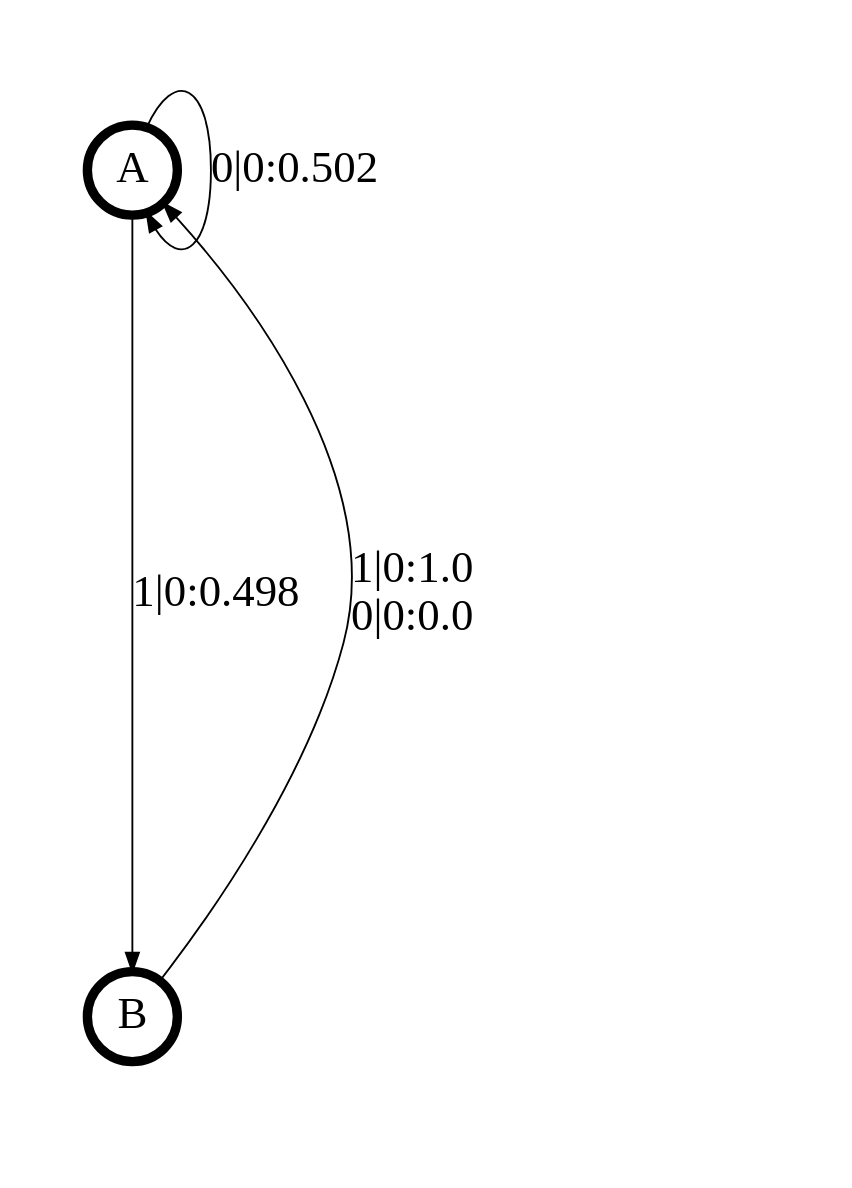
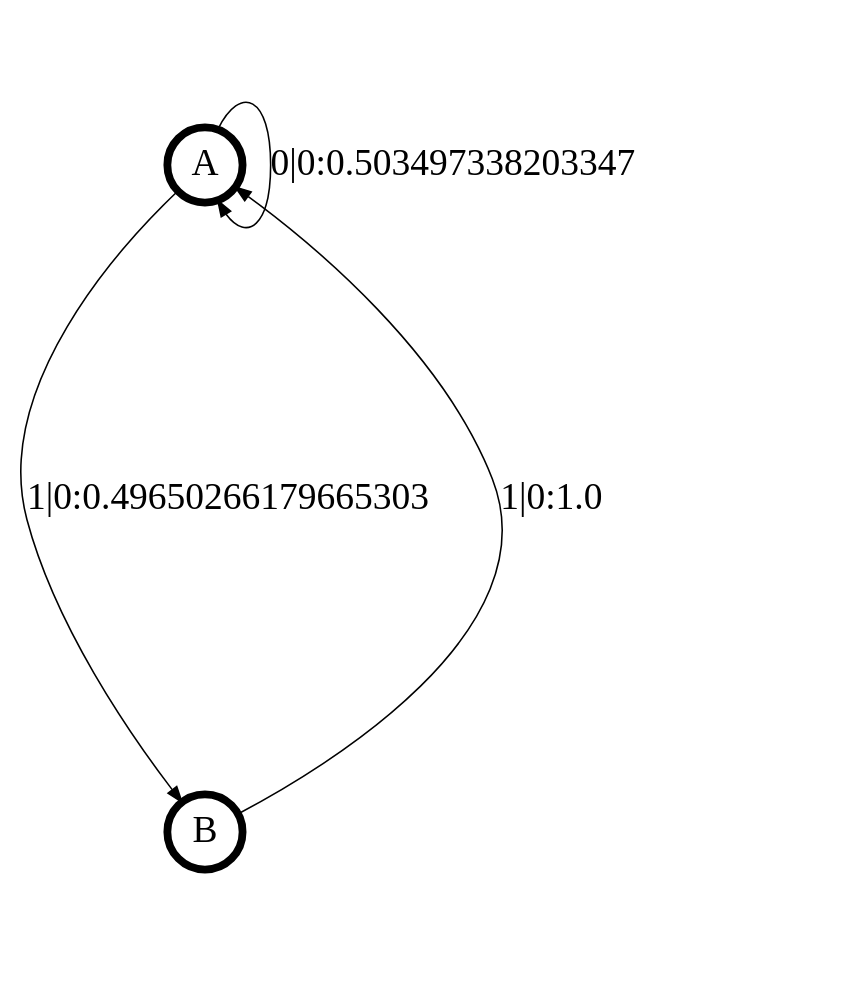
One commit to ddarmon/transCSSR changed the diagram in transCSSR_results/+even.dot. Above: the diagram before and after it, drawn with Graphviz. The commit also changed 18 other files, not shown here.

```diff
--- a/transCSSR_results/+even.dot
+++ b/transCSSR_results/+even.dot
@@ -1,15 +1,15 @@
 digraph  {
 size = "6,8.5";
 ratio = "fill";
 node
 [shape = circle];
 node [fontsize = 24];
 node [penwidth = 5];
 edge [fontsize = 24];
 node [fontname = "CMU Serif Roman"];
 graph [fontname = "CMU Serif Roman"];
 edge [fontname = "CMU Serif Roman"];
-A -> A [label = "0|0:0.502\l"];
-A -> B [label = "1|0:0.498\l"];
-B -> A [label = "1|0:1.0\l0|0:0.0\l"];
+A -> A [label = "0|0:0.503497338203347\l"];
+A -> B [label = "1|0:0.49650266179665303\l"];
+B -> A [label = "1|0:1.0\l"];
 }
```
